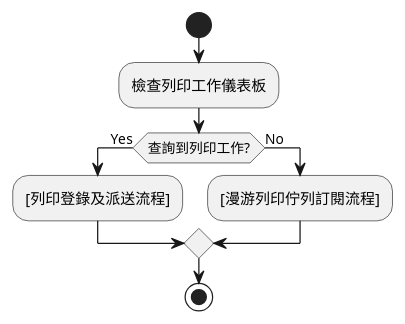
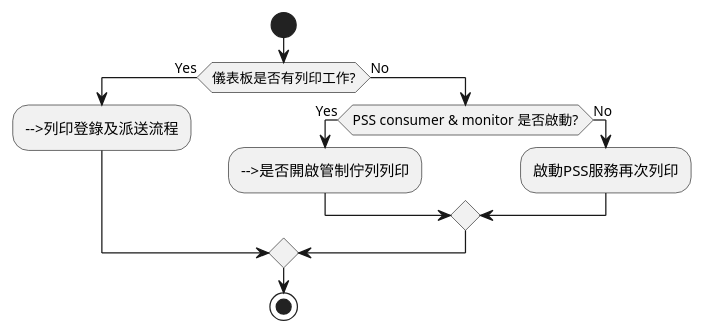
Before and after one commit to FrancoLiuDev/powermoat_doc: the first of 7 diagrams in root/異常處理/無法漫游列印.md, drawn with PlantUML. The commit also changed other lines of this file, not shown here.

````diff
--- a/root/異常處理/無法漫游列印.md
+++ b/root/異常處理/無法漫游列印.md
@@ -7,14 +7,16 @@
 ```plantuml
 @startuml
 start
-:檢查列印工作儀表板;
-
-if (查詢到列印工作?) then (Yes)
-  :[列印登錄及派送流程];
+if (儀表板是否有列印工作?) then (Yes)
+  :-->列印登錄及派送流程;
 else (No)
-  :[漫游列印佇列訂閱流程];
+    if (PSS consumer & monitor 是否啟動?) then (Yes)
+        :-->是否開啟管制佇列列印;
+    else (No)
+        :啟動PSS服務再次列印;
+    endif
 endif
 
 stop
 @enduml
 ```
````
